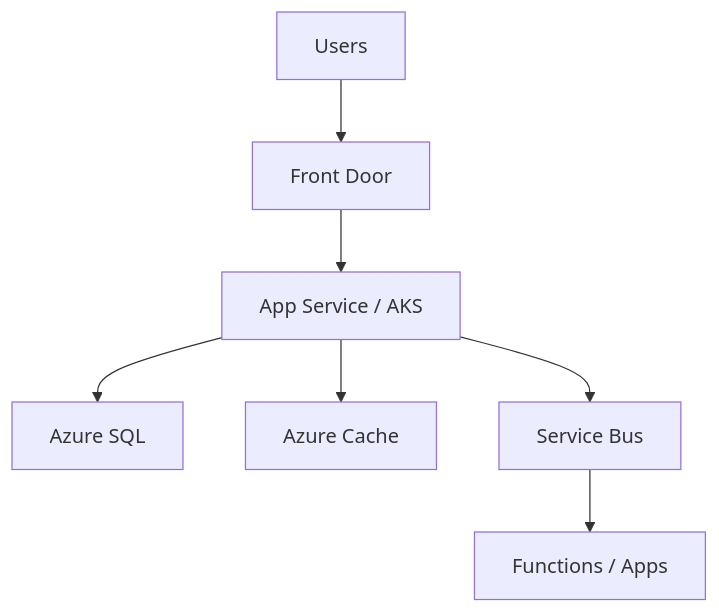
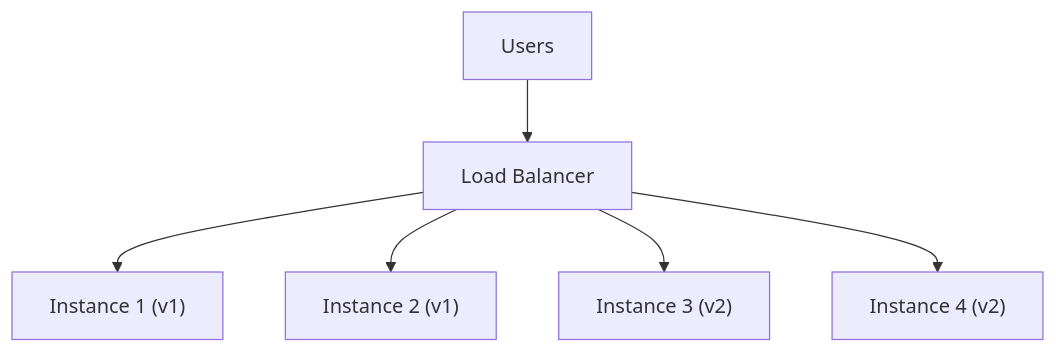
One commit to quesiblaq442-del/architecture-diagram changed diagram 17 of 26 in ARCHITECTURE.md. Above: the diagram before and after it, drawn with Mermaid. The commit also changed other lines of this file, not shown here.

Commit message:
Refresh the architecture document for a more polished, eye-catching overview

````diff
--- a/ARCHITECTURE.md
+++ b/ARCHITECTURE.md
@@ -502,9 +386,8 @@
 ```mermaid
 graph TB
-    Users["Users"] --> FrontDoor["Front Door"]
-    FrontDoor --> App["App Service / AKS"]
-    App --> SQL["Azure SQL"]
-    App --> Redis["Azure Cache"]
-    App --> SB["Service Bus"]
-    SB --> Worker["Functions / Apps"]
+    Users["Users"] --> LB["Load Balancer"]
+    LB --> V1["Instance 1 (v1)"]
+    LB --> V2["Instance 2 (v1)"]
+    LB --> V3["Instance 3 (v2)"]
+    LB --> V4["Instance 4 (v2)"]
 ```
````
